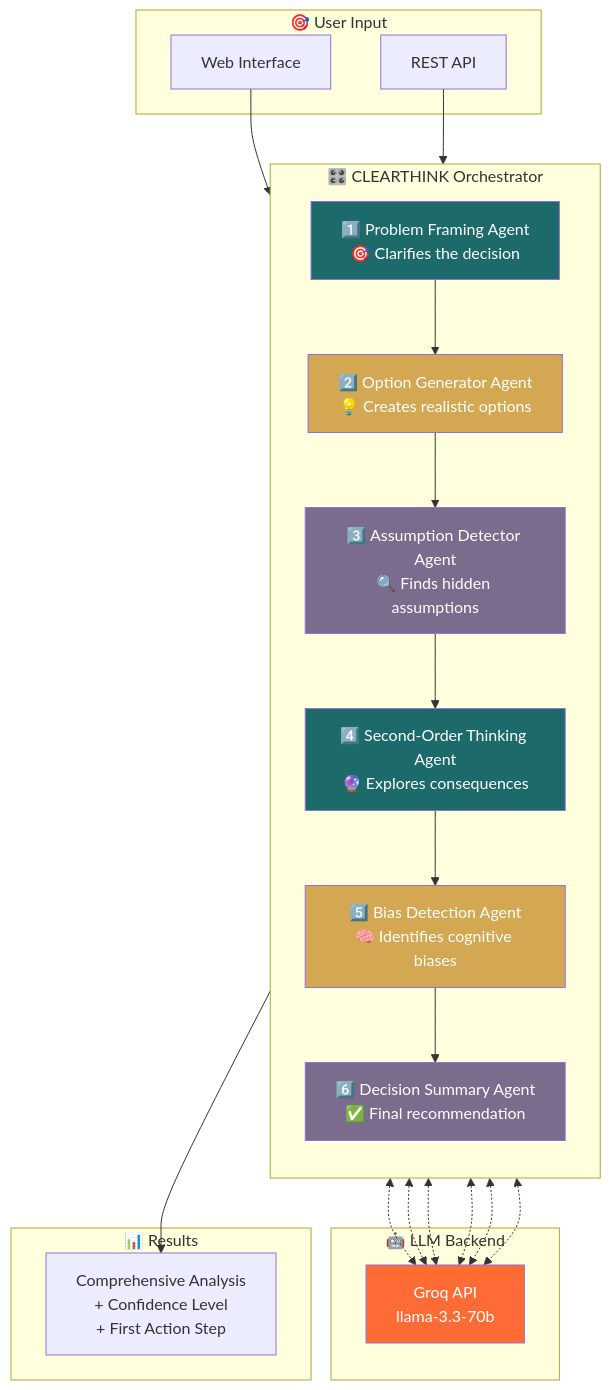
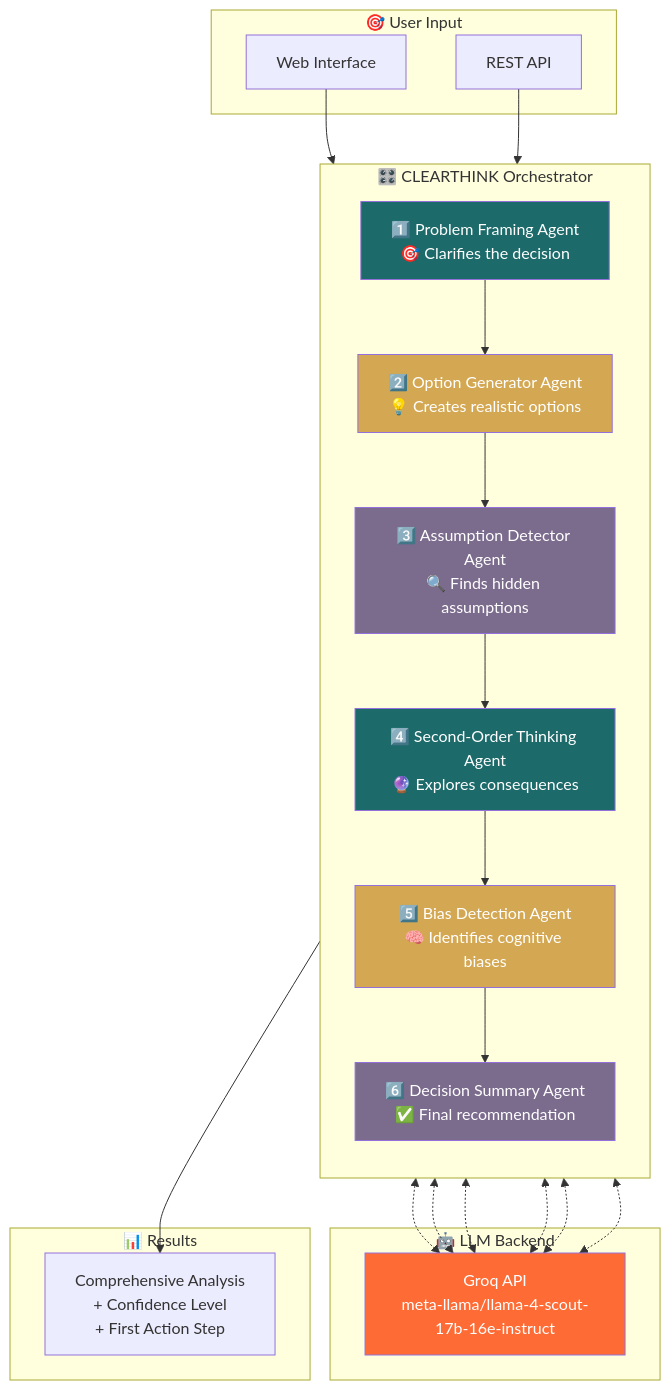
Before and after one commit to achuajays/CLEARTHINK: the diagram in README.md, drawn with Mermaid.

````diff
--- a/README.md
+++ b/README.md
@@ -23,45 +23,45 @@
 ```mermaid
 flowchart TB
     subgraph Input["🎯 User Input"]
         UI[Web Interface]
         API[REST API]
     end
 
     subgraph Orchestrator["🎛️ CLEARTHINK Orchestrator"]
         direction TB
         A1["1️⃣ Problem Framing Agent<br/>🎯 Clarifies the decision"]
         A2["2️⃣ Option Generator Agent<br/>💡 Creates realistic options"]
         A3["3️⃣ Assumption Detector Agent<br/>🔍 Finds hidden assumptions"]
         A4["4️⃣ Second-Order Thinking Agent<br/>🔮 Explores consequences"]
         A5["5️⃣ Bias Detection Agent<br/>🧠 Identifies cognitive biases"]
         A6["6️⃣ Decision Summary Agent<br/>✅ Final recommendation"]
         
         A1 --> A2 --> A3 --> A4 --> A5 --> A6
     end
 
     subgraph LLM["🤖 LLM Backend"]
-        Groq["Groq API<br/>llama-3.3-70b"]
+        Groq["Groq API<br/>meta-llama/llama-4-scout-17b-16e-instruct"]
     end
 
     subgraph Output["📊 Results"]
         Result["Comprehensive Analysis<br/>+ Confidence Level<br/>+ First Action Step"]
     end
 
     UI --> Orchestrator
     API --> Orchestrator
     A1 <-.-> Groq
     A2 <-.-> Groq
     A3 <-.-> Groq
     A4 <-.-> Groq
     A5 <-.-> Groq
     A6 <-.-> Groq
     A6 --> Result
 
     style A1 fill:#1D6A6A,color:#fff
     style A2 fill:#D4A853,color:#fff
     style A3 fill:#7B6B8D,color:#fff
     style A4 fill:#1D6A6A,color:#fff
     style A5 fill:#D4A853,color:#fff
     style A6 fill:#7B6B8D,color:#fff
     style Groq fill:#FF6B35,color:#fff
 ```
````
